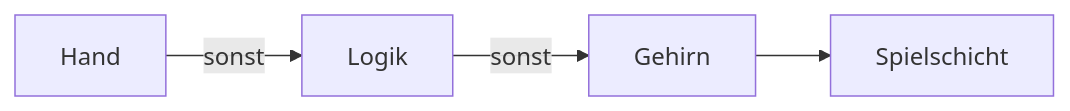
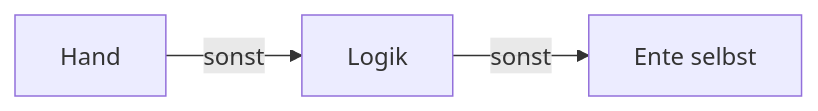
The second of 2 diagrams in kern/docs/buch-gruen/13-micro-duck.md (ChristianHohlfeld/kernengine.de), drawn with Mermaid before and after one commit. The commit also changed other lines of this file and 22 other files, not shown here.

````diff
--- a/kern/docs/buch-gruen/13-micro-duck.md
+++ b/kern/docs/buch-gruen/13-micro-duck.md
@@ -292,6 +377,5 @@
 ```mermaid
 flowchart LR
   A[Hand] -->|sonst| B[Logik]
-  B -->|sonst| C[Gehirn]
-  C --> D[Spielschicht]
+  B -->|sonst| C[Ente selbst]
 ```
````
